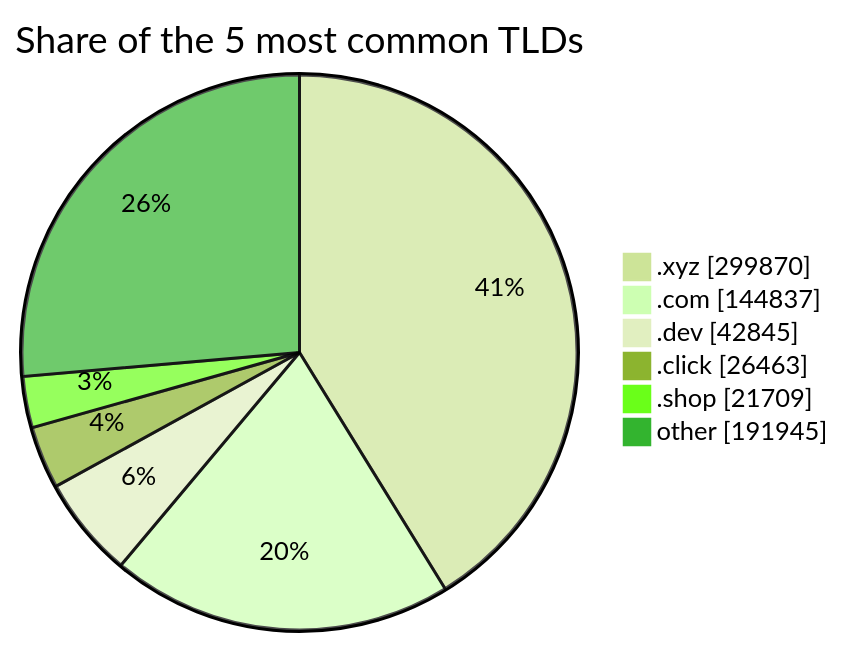
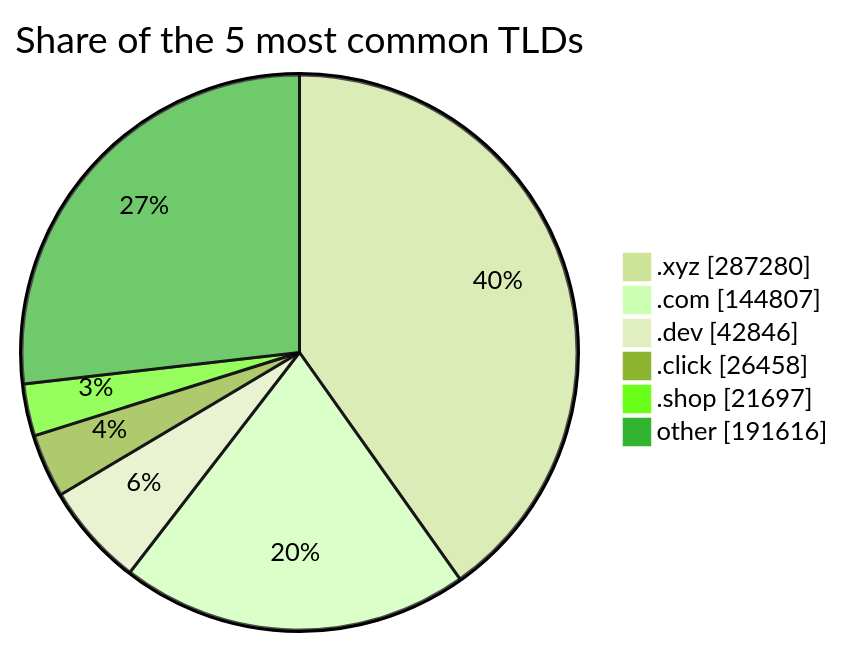
The third of 3 diagrams in README.md (DNSBunker/CTI), drawn with Mermaid (forest theme) before and after one commit. The commit also changed other lines of this file and 3 other files, not shown here.

````diff
--- a/README.md
+++ b/README.md
@@ -81,9 +81,9 @@
 ```mermaid
 pie showData title Share of the 5 most common TLDs
-    ".xyz" : 299870
-    ".com" : 144837
-    ".dev" : 42845
-    ".click" : 26463
-    ".shop" : 21709
-    "other" : 191945
+    ".xyz" : 287280
+    ".com" : 144807
+    ".dev" : 42846
+    ".click" : 26458
+    ".shop" : 21697
+    "other" : 191616
 ```
````
